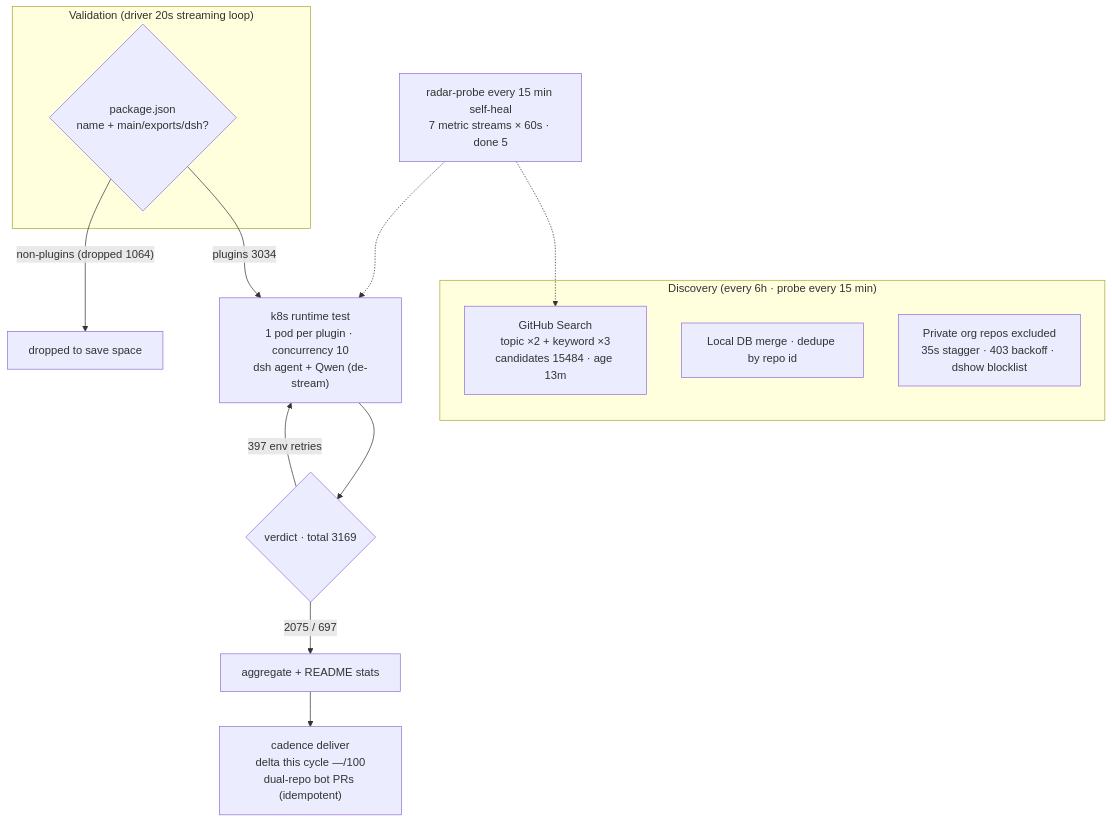
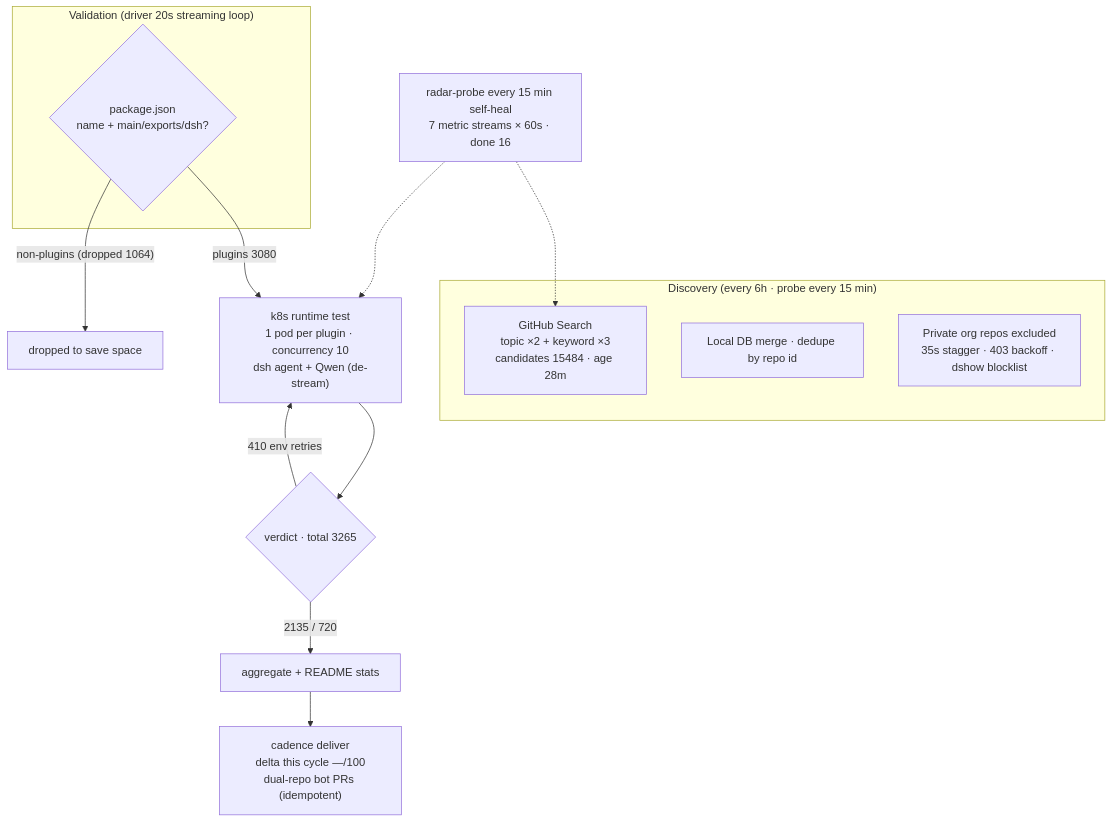
The diagram in README.en-US.md (AdamPlatin123/awesome-dsh-plugins), drawn with Mermaid before and after one commit. The commit also changed other lines of this file and 5 other files, not shown here.

````diff
--- a/README.en-US.md
+++ b/README.en-US.md
@@ -30,20 +30,20 @@
 ```mermaid
 flowchart TB
     subgraph Discovery["Discovery (every 6h · probe every 15 min)"]
-        A1["GitHub Search<br/>topic ×2 + keyword ×3<br/>candidates 15484 · age 13m"]
+        A1["GitHub Search<br/>topic ×2 + keyword ×3<br/>candidates 15484 · age 28m"]
         A2["Local DB merge · dedupe by repo id"]
         A3["Private org repos excluded<br/>35s stagger · 403 backoff · dshow blocklist"]
     end
     subgraph Validation["Validation (driver 20s streaming loop)"]
         B1{"package.json<br/>name + main/exports/dsh?"}
     end
-    B1 -->|"plugins 3034"| C1["k8s runtime test<br/>1 pod per plugin · concurrency 10<br/>dsh agent + Qwen (de-stream)"]
+    B1 -->|"plugins 3080"| C1["k8s runtime test<br/>1 pod per plugin · concurrency 10<br/>dsh agent + Qwen (de-stream)"]
     B1 -->|"non-plugins (dropped 1064)"| B3["dropped to save space"]
-    C1 --> D1{"verdict · total 3169"}
-    D1 -->|"2075 / 697"| E1["aggregate + README stats"]
-    D1 -->|"397 env retries"| C1
+    C1 --> D1{"verdict · total 3265"}
+    D1 -->|"2135 / 720"| E1["aggregate + README stats"]
+    D1 -->|"410 env retries"| C1
     E1 --> E2["cadence deliver<br/>delta this cycle —/100<br/>dual-repo bot PRs (idempotent)"]
-    M["radar-probe every 15 min self-heal<br/>7 metric streams × 60s · done 5"]
+    M["radar-probe every 15 min self-heal<br/>7 metric streams × 60s · done 16"]
     M -.-> A1
     M -.-> C1
 ```
````
